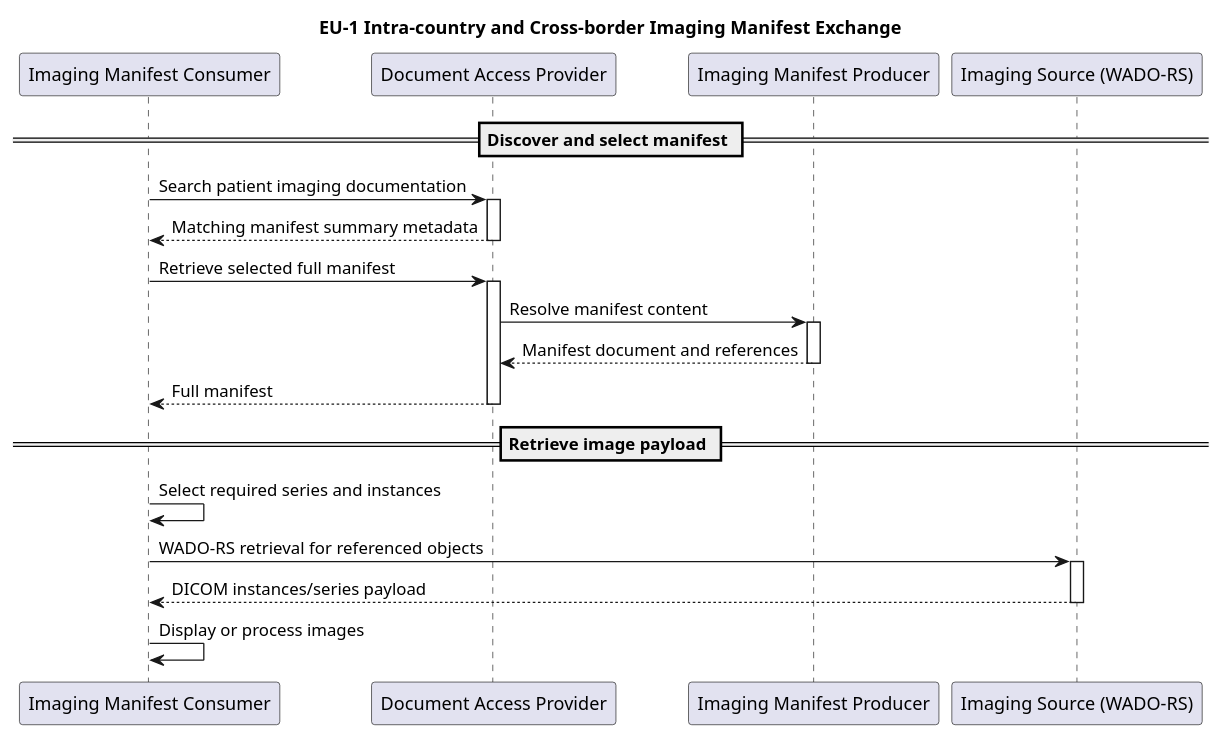
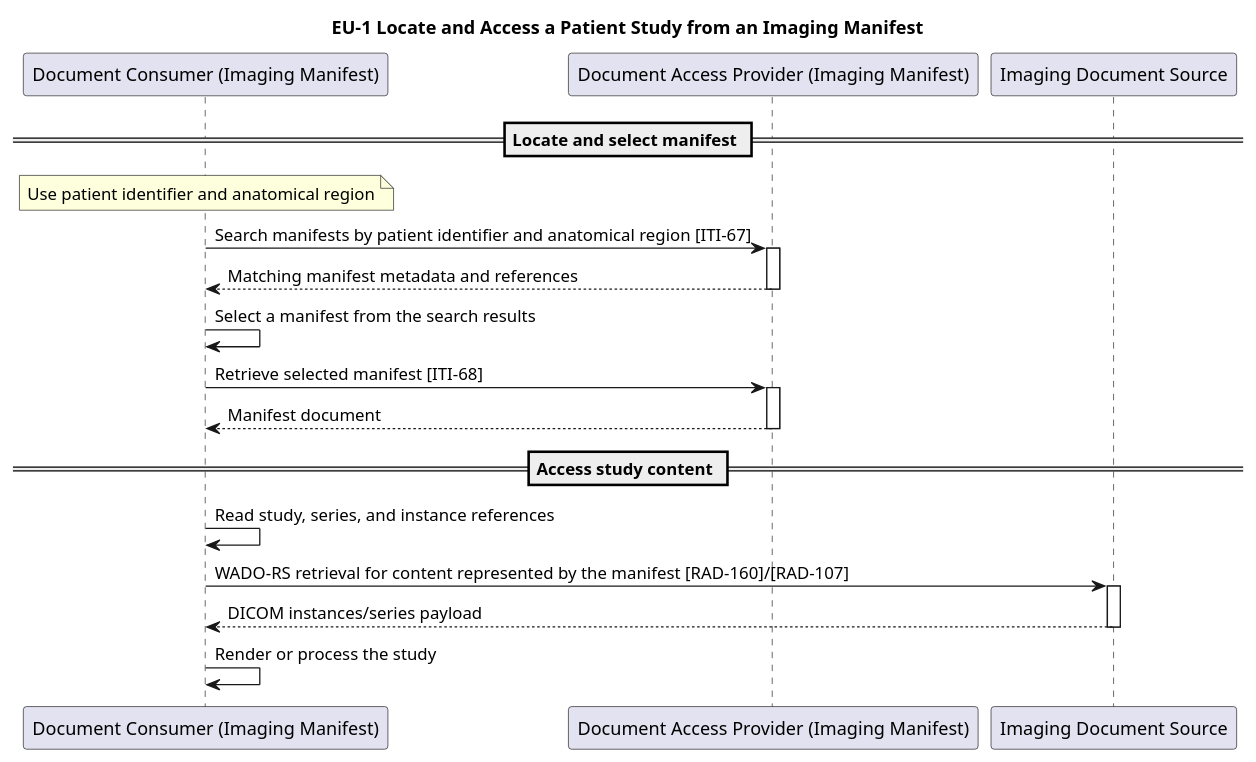
Before and after one commit to hl7-eu/imaging-manifest: the diagram in input/images-source/mado-volume1-eu1-cross-border-exchange.plantuml, drawn with PlantUML. The commit also changed 1 other file, not shown here.

Commit message:
Added an use case that searches for manifests.

```diff
--- a/input/images-source/mado-volume1-eu1-cross-border-exchange.plantuml
+++ b/input/images-source/mado-volume1-eu1-cross-border-exchange.plantuml
@@ -1,23 +1,22 @@
-@startuml
-    title EU-1 Intra-country and Cross-border Imaging Manifest Exchange
+@startuml mado-volume1-eu1-cross-border-exchange
+    title EU-1 Locate and Access a Patient Study from an Imaging Manifest
 
-    participant "Imaging Manifest Consumer" as Consumer
-    participant "Document Access Provider" as DocProvider
-    participant "Imaging Manifest Producer" as Producer
-    participant "Imaging Source (WADO-RS)" as Wado
+    participant "Document Consumer (Imaging Manifest)" as Consumer
+    participant "Document Access Provider (Imaging Manifest)" as DocProvider
+    participant "Imaging Document Source" as Wado
 
-    == Discover and select manifest ==
-    Consumer -> DocProvider ++: Search patient imaging documentation
-    DocProvider --> Consumer --: Matching manifest summary metadata
-    Consumer -> DocProvider ++: Retrieve selected full manifest
-    DocProvider -> Producer ++: Resolve manifest content
-    Producer --> DocProvider --: Manifest document and references
-    DocProvider --> Consumer --: Full manifest
+    == Locate and select manifest ==
+    note over Consumer: Use patient identifier and anatomical region
+    Consumer -> DocProvider ++: Search manifests by patient identifier and anatomical region [ITI-67]
+    DocProvider --> Consumer --: Matching manifest metadata and references
+    Consumer -> Consumer: Select a manifest from the search results
+    Consumer -> DocProvider ++: Retrieve selected manifest [ITI-68]
+    DocProvider --> Consumer --: Manifest document
 
-    == Retrieve image payload ==
-    Consumer -> Consumer: Select required series and instances
-    Consumer -> Wado ++: WADO-RS retrieval for referenced objects
+    == Access study content ==
+    Consumer -> Consumer: Read study, series, and instance references
+    Consumer -> Wado ++: WADO-RS retrieval for content represented by the manifest [RAD-160]/[RAD-107]
     Wado --> Consumer --: DICOM instances/series payload
-    Consumer -> Consumer: Display or process images
+    Consumer -> Consumer: Render or process the study
 
 @enduml
```
